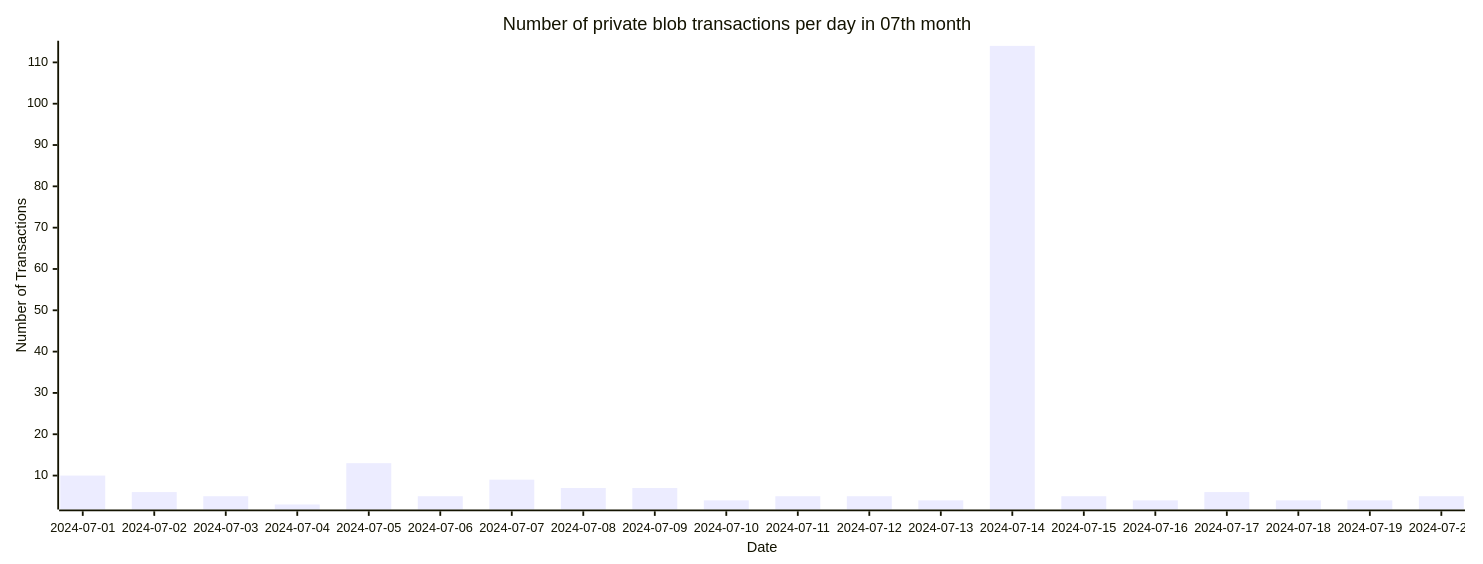
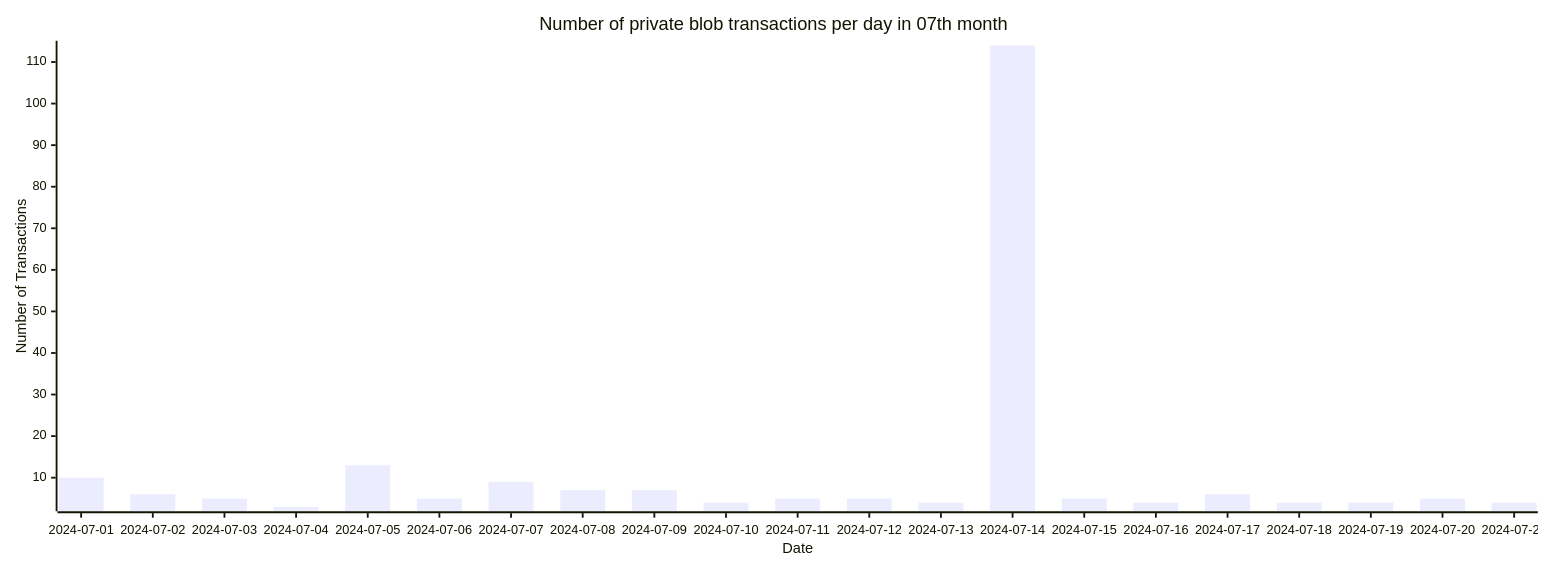
One commit to Amit0617/eip4844-data changed the fifth of 5 diagrams in README.md. Above: the diagram before and after it, drawn with Mermaid. The commit also changed 1 other file, not shown here.

````diff
--- a/README.md
+++ b/README.md
@@ -53,12 +53,12 @@
 ```mermaid
 ---
 config:
     xyChart:
-        width: 1600
+        width: 1680
         height: 600
 ---
 xychart-beta title "Number of private blob transactions per day in 07th month"
-x-axis "Date" [2024-07-01,2024-07-02,2024-07-03,2024-07-04,2024-07-05,2024-07-06,2024-07-07,2024-07-08,2024-07-09,2024-07-10,2024-07-11,2024-07-12,2024-07-13,2024-07-14,2024-07-15,2024-07-16,2024-07-17,2024-07-18,2024-07-19,2024-07-20]
+x-axis "Date" [2024-07-01,2024-07-02,2024-07-03,2024-07-04,2024-07-05,2024-07-06,2024-07-07,2024-07-08,2024-07-09,2024-07-10,2024-07-11,2024-07-12,2024-07-13,2024-07-14,2024-07-15,2024-07-16,2024-07-17,2024-07-18,2024-07-19,2024-07-20,2024-07-21]
 y-axis "Number of Transactions"
-bar[10,6,5,3,13,5,9,7,7,4,5,5,4,114,5,4,6,4,4,5]
+bar[10,6,5,3,13,5,9,7,7,4,5,5,4,114,5,4,6,4,4,5,4]
 ```
````
